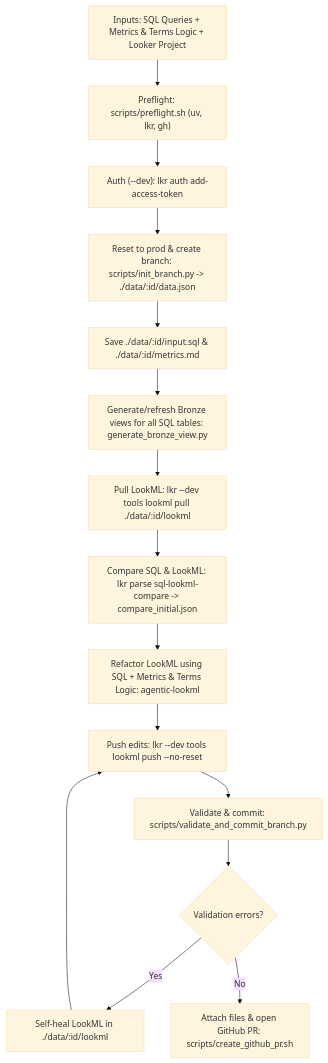
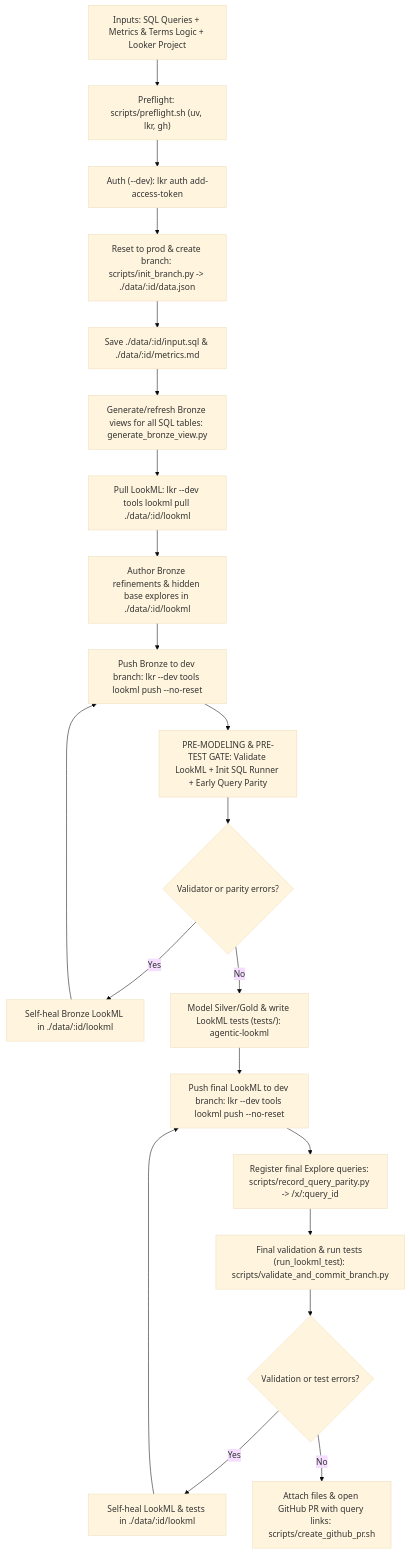
The diagram in skills/agentic-lookml-workflow/SKILL.md (lkrdev/cli), drawn with Mermaid (base theme) before and after one commit. The commit also changed other lines of this file and 12 other files, not shown here.

First line of the commit message:
feat(agentic-lookml): add opinionated LookML test rules, SQL parity checks, and CI gates

````diff
--- a/skills/agentic-lookml-workflow/SKILL.md
+++ b/skills/agentic-lookml-workflow/SKILL.md
@@ -15,17 +18,23 @@
 ```mermaid
 flowchart TD
     Start["Inputs: SQL Queries + Metrics & Terms Logic + Looker Project"] --> Preflight["Preflight: scripts/preflight.sh (uv, lkr, gh)"]
     Preflight --> Auth["Auth (--dev): lkr auth add-access-token"]
     Auth --> InitBranch["Reset to prod & create branch: scripts/init_branch.py -> ./data/:id/data.json"]
     InitBranch --> ExtractFiles["Save ./data/:id/input.sql & ./data/:id/metrics.md"]
     ExtractFiles --> GenBronze["Generate/refresh Bronze views for all SQL tables: generate_bronze_view.py"]
     GenBronze --> PullLookML["Pull LookML: lkr --dev tools lookml pull ./data/:id/lookml"]
-    PullLookML --> RunCompare["Compare SQL & LookML: lkr parse sql-lookml-compare -> compare_initial.json"]
-    RunCompare --> RunAgentic["Refactor LookML using SQL + Metrics & Terms Logic: agentic-lookml"]
-    RunAgentic --> Push["Push edits: lkr --dev tools lookml push --no-reset"]
-    Push --> ValidateCommit["Validate & commit: scripts/validate_and_commit_branch.py"]
-    ValidateCommit --> ValidCheck{"Validation errors?"}
-    ValidCheck -- "Yes" --> FixErrors["Self-heal LookML in ./data/:id/lookml"]
-    FixErrors --> Push
-    ValidCheck -- "No" --> OpenPR["Attach files & open GitHub PR: scripts/create_github_pr.sh"]
+    PullLookML --> GenBronzeRefinements["Author Bronze refinements & hidden base explores in ./data/:id/lookml"]
+    GenBronzeRefinements --> PushBronze["Push Bronze to dev branch: lkr --dev tools lookml push --no-reset"]
+    PushBronze --> PreGate["PRE-MODELING & PRE-TEST GATE: Validate LookML + Init SQL Runner + Early Query Parity"]
+    PreGate --> PreGateCheck{"Validator or parity errors?"}
+    PreGateCheck -- "Yes" --> FixBronze["Self-heal Bronze LookML in ./data/:id/lookml"]
+    FixBronze --> PushBronze
+    PreGateCheck -- "No" --> RunAgentic["Model Silver/Gold & write LookML tests (tests/): agentic-lookml"]
+    RunAgentic --> PushFinal["Push final LookML to dev branch: lkr --dev tools lookml push --no-reset"]
+    PushFinal --> RecordParity["Register final Explore queries: scripts/record_query_parity.py -> /x/:query_id"]
+    RecordParity --> ValidateCommit["Final validation & run tests (run_lookml_test): scripts/validate_and_commit_branch.py"]
+    ValidateCommit --> ValidCheck{"Validation or test errors?"}
+    ValidCheck -- "Yes" --> FixFinal["Self-heal LookML & tests in ./data/:id/lookml"]
+    FixFinal --> PushFinal
+    ValidCheck -- "No" --> OpenPR["Attach files & open GitHub PR with query links: scripts/create_github_pr.sh"]
 ```
````
